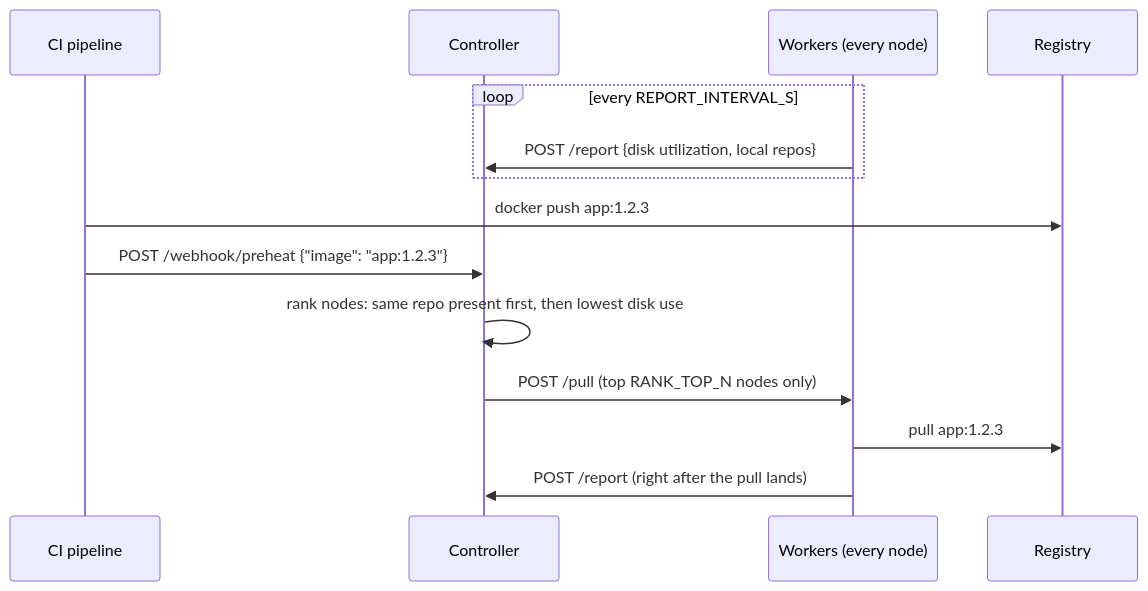
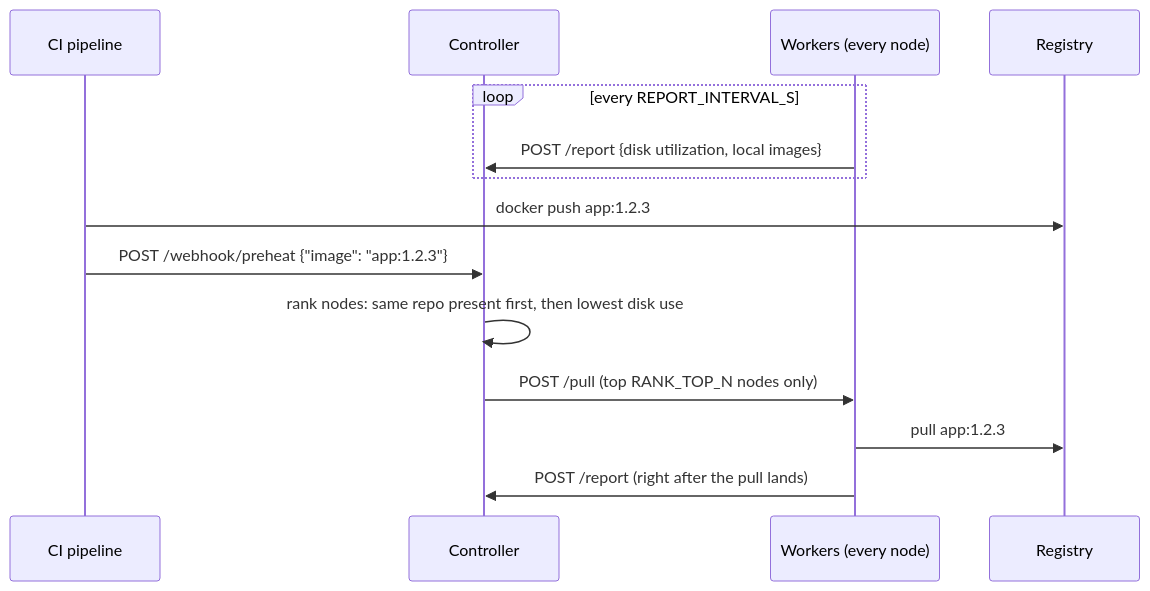
The first of 3 diagrams in README.md (hatam-abolghasemi/Angry-Duck), drawn with Mermaid before and after one commit. The commit also changed other lines of this file and 36 other files, not shown here.

````diff
--- a/README.md
+++ b/README.md
@@ -49,17 +74,17 @@
 ```mermaid
 sequenceDiagram
     participant CI as CI pipeline
     participant C as Controller
     participant W as Workers (every node)
     participant R as Registry
 
     loop every REPORT_INTERVAL_S
-        W->>C: POST /report {disk utilization, local repos}
+        W->>C: POST /report {disk utilization, local images}
     end
     CI->>R: docker push app:1.2.3
     CI->>C: POST /webhook/preheat {"image": "app:1.2.3"}
     C->>C: rank nodes: same repo present first, then lowest disk use
     C->>W: POST /pull (top RANK_TOP_N nodes only)
     W->>R: pull app:1.2.3
     W->>C: POST /report (right after the pull lands)
 ```
````
